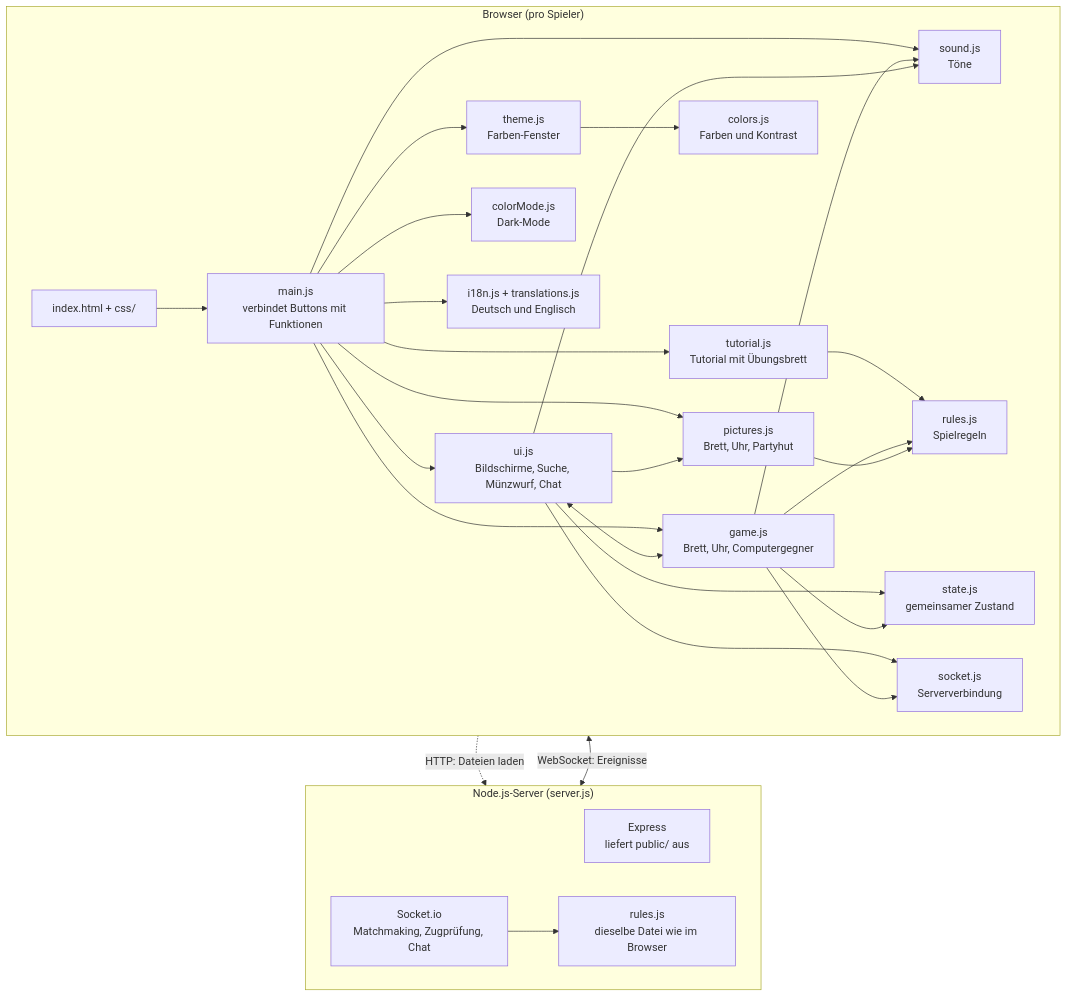
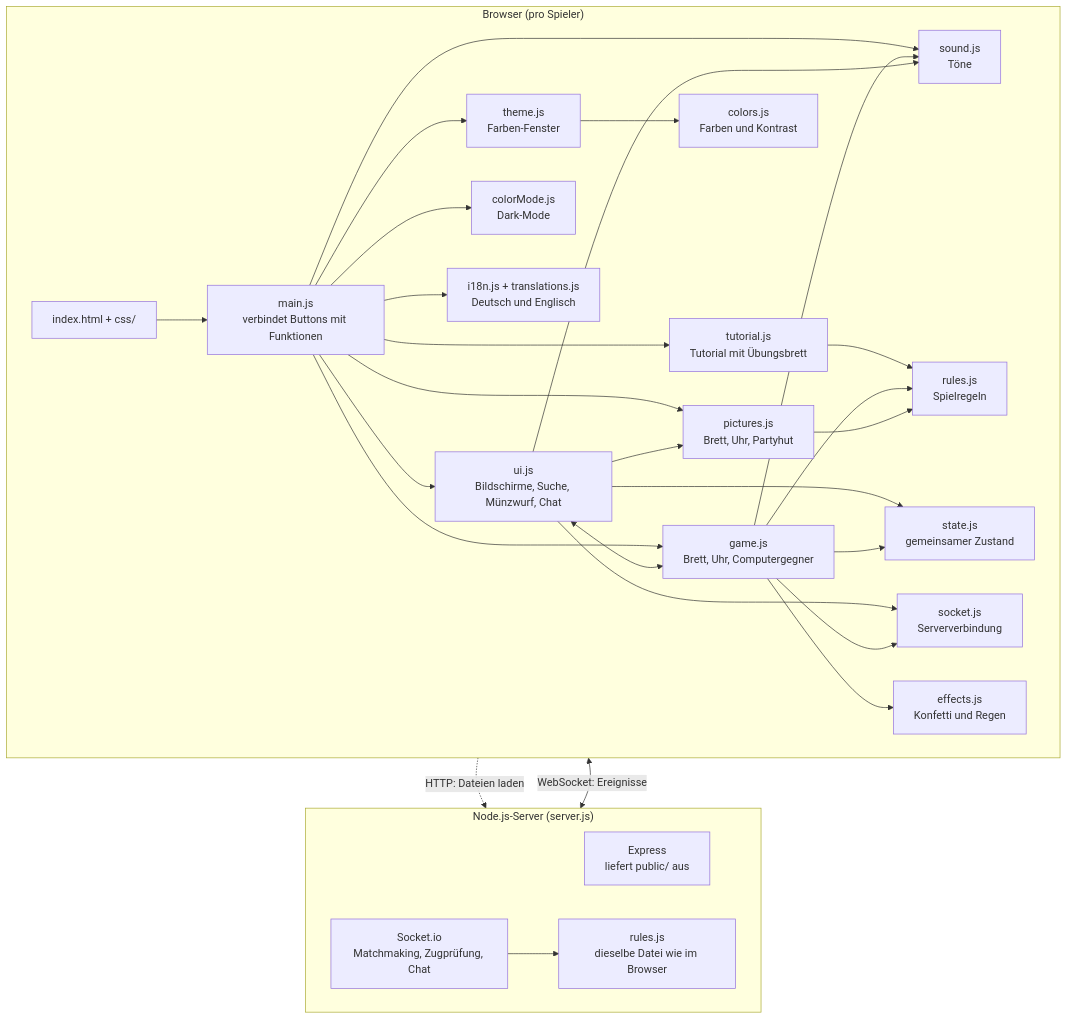
One commit to flofries00/WebProgDHBWDame changed the first of 2 diagrams in README.md. Above: the diagram before and after it, drawn with Mermaid. The commit also changed other lines of this file and 3 other files, not shown here.

Commit message:
Auslagern: Konfetti und Regen von ui.js nach effects.js, README (Dateistruktur, Diagramm)

````diff
--- a/README.md
+++ b/README.md
@@ -160,52 +161,54 @@
 ```mermaid
 flowchart TB
     subgraph Browser["Browser (pro Spieler)"]
         direction LR
         HTML["index.html + css/"]
         Main["main.js<br/>verbindet Buttons mit Funktionen"]
         UI["ui.js<br/>Bildschirme, Suche, Münzwurf, Chat"]
         Game["game.js<br/>Brett, Uhr, Computergegner"]
         RulesC["rules.js<br/>Spielregeln"]
         Sound["sound.js<br/>Töne"]
         Theme["theme.js<br/>Farben-Fenster"]
         Colors["colors.js<br/>Farben und Kontrast"]
         ColorMode["colorMode.js<br/>Dark-Mode"]
         Tutorial["tutorial.js<br/>Tutorial mit Übungsbrett"]
         State["state.js<br/>gemeinsamer Zustand"]
         SocketC["socket.js<br/>Serververbindung"]
         I18n["i18n.js + translations.js<br/>Deutsch und Englisch"]
         Pictures["pictures.js<br/>Brett, Uhr, Partyhut"]
+        Effects["effects.js<br/>Konfetti und Regen"]
         HTML --> Main
         Main --> UI
         Main --> Game
         Main --> Sound
         Main --> Theme
         Main --> ColorMode
         Main --> Tutorial
         Tutorial --> RulesC
         Theme --> Colors
         UI <--> Game
         Game --> RulesC
         Game --> Sound
         UI --> Sound
         UI --> State
         Game --> State
         UI --> SocketC
         Game --> SocketC
         Main --> I18n
         Main --> Pictures
         UI --> Pictures
         Pictures --> RulesC
+        Game --> Effects
     end
 
     subgraph Server["Node.js-Server (server.js)"]
         direction LR
         Express["Express<br/>liefert public/ aus"]
         IO["Socket.io<br/>Matchmaking, Zugprüfung, Chat"]
         RulesS["rules.js<br/>dieselbe Datei wie im Browser"]
         IO --> RulesS
     end
 
     HTML -.->|"HTTP: Dateien laden"| Express
     SocketC <-->|"WebSocket: Ereignisse"| IO
 ```
````
